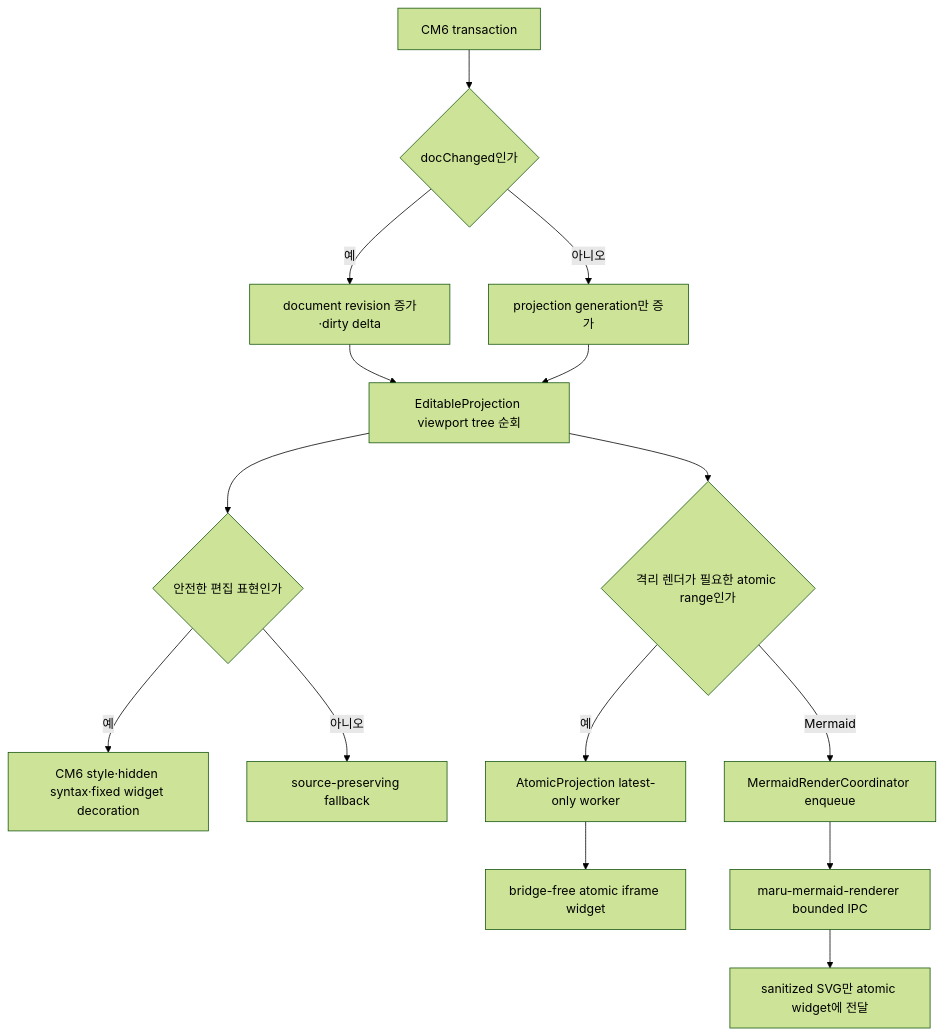
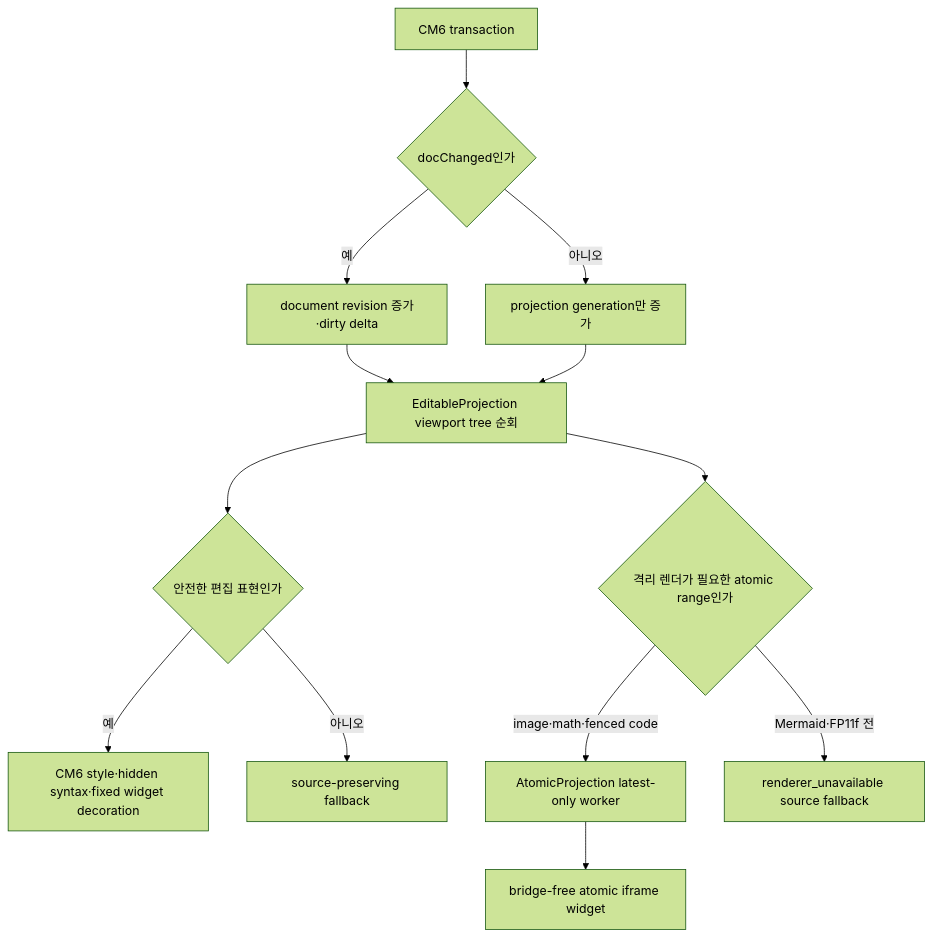
One commit to ohah/maru changed the first of 2 diagrams in docs/file-panel.md. Above: the diagram before and after it, drawn with Mermaid (forest theme). The commit also changed other lines of this file and 32 other files, not shown here.

````diff
--- a/docs/file-panel.md
+++ b/docs/file-panel.md
@@ -73,17 +73,15 @@
 ```mermaid
 flowchart TD
     A["CM6 transaction"] --> B{"docChanged인가"}
     B -->|예| C["document revision 증가·dirty delta"]
     B -->|아니오| D["projection generation만 증가"]
     C --> E["EditableProjection viewport tree 순회"]
     D --> E
     E --> F{"안전한 편집 표현인가"}
     F -->|예| G["CM6 style·hidden syntax·fixed widget decoration"]
     F -->|아니오| H["source-preserving fallback"]
     E --> I{"격리 렌더가 필요한 atomic range인가"}
-    I -->|예| J["AtomicProjection latest-only worker"]
+    I -->|image·math·fenced code| J["AtomicProjection latest-only worker"]
     J --> K["bridge-free atomic iframe widget"]
-    I -->|Mermaid| L["MermaidRenderCoordinator enqueue"]
-    L --> M["maru-mermaid-renderer bounded IPC"]
-    M --> N["sanitized SVG만 atomic widget에 전달"]
+    I -->|Mermaid·FP11f 전| L["renderer_unavailable source fallback"]
 ```
````
